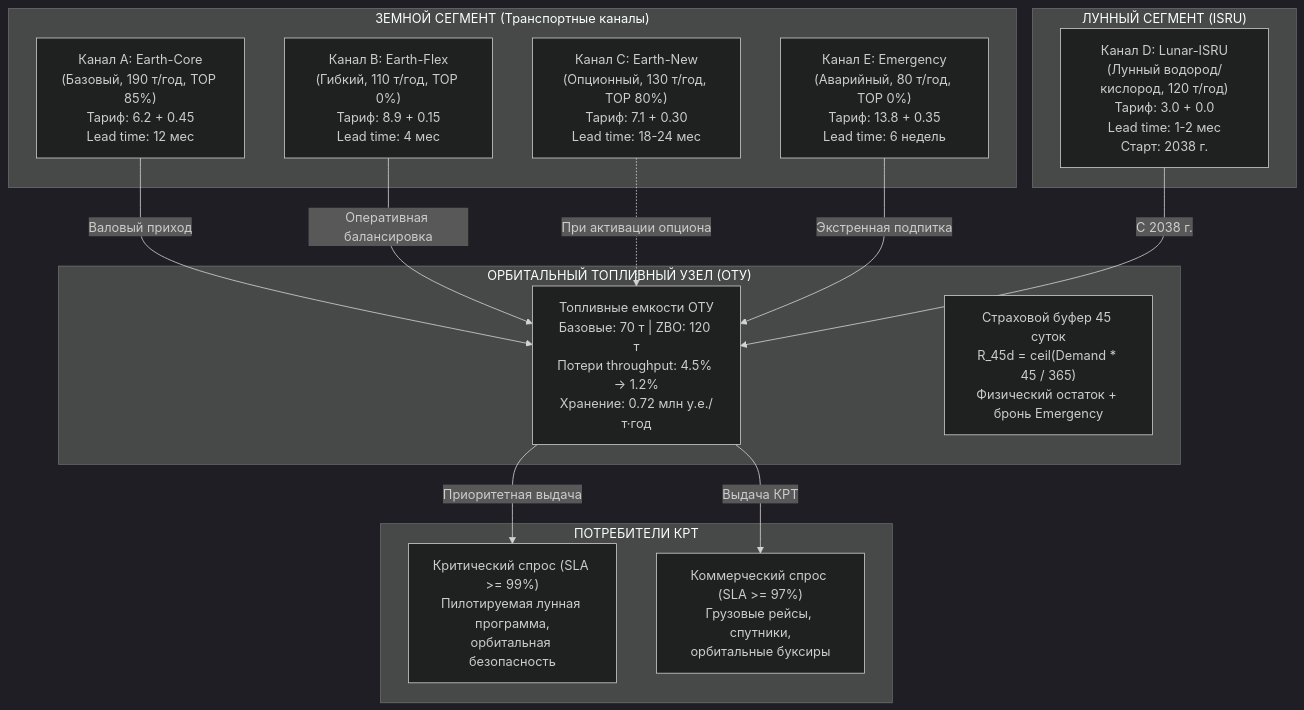
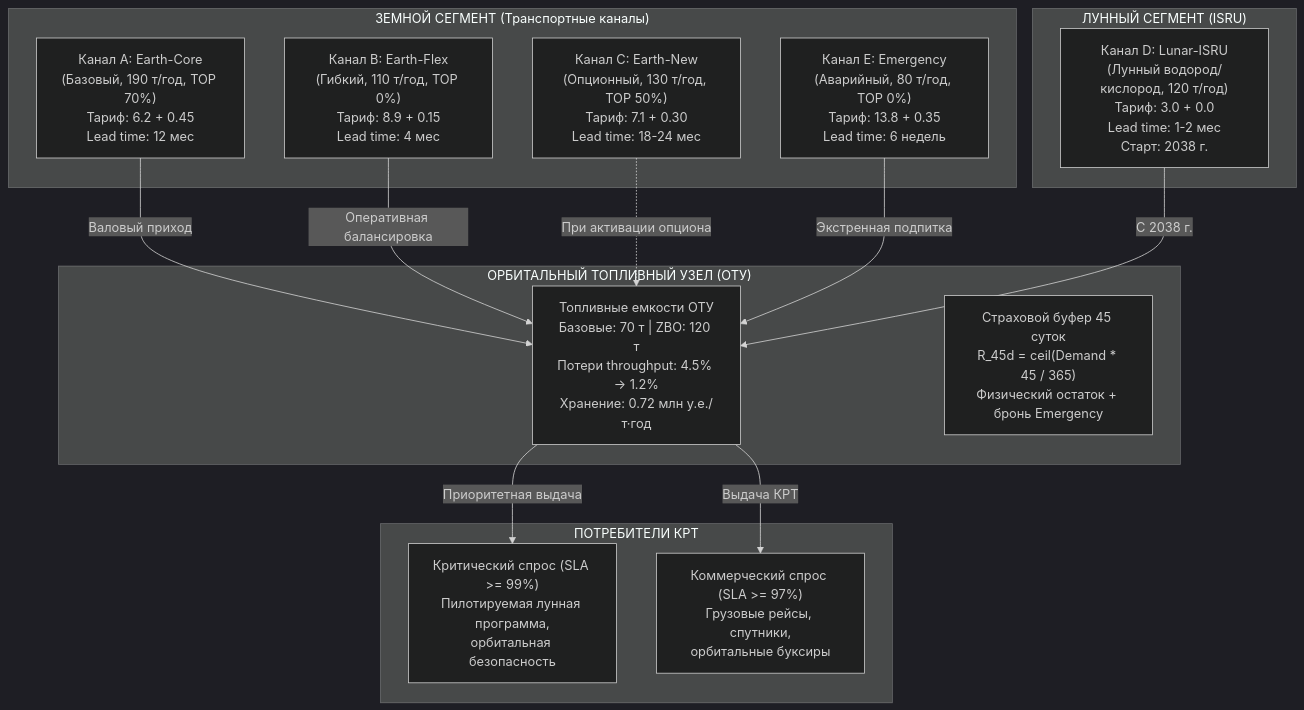
One commit to zahar713713-dot/Cosmo-Hackaton-2026 changed the first of 3 diagrams in docs/Управленческая_записка.md. Above: the diagram before and after it, drawn with Mermaid (dark theme). The commit also changed other lines of this file and 2 other files, not shown here.

````diff
--- a/docs/Управленческая_записка.md
+++ b/docs/Управленческая_записка.md
@@ -60,32 +60,32 @@
 ```mermaid
 flowchart TD
     subgraph EarthSegment["ЗЕМНОЙ СЕГМЕНТ (Транспортные каналы)"]
-        A["Канал A: Earth-Core\n(Базовый, 190 т/год, TOP 85%)\nТариф: 6.2 + 0.45\nLead time: 12 мес"]
+        A["Канал A: Earth-Core\n(Базовый, 190 т/год, TOP 70%)\nТариф: 6.2 + 0.45\nLead time: 12 мес"]
         B["Канал B: Earth-Flex\n(Гибкий, 110 т/год, TOP 0%)\nТариф: 8.9 + 0.15\nLead time: 4 мес"]
-        C["Канал C: Earth-New\n(Опционный, 130 т/год, TOP 80%)\nТариф: 7.1 + 0.30\nLead time: 18-24 мес"]
+        C["Канал C: Earth-New\n(Опционный, 130 т/год, TOP 50%)\nТариф: 7.1 + 0.30\nLead time: 18-24 мес"]
         E["Канал E: Emergency\n(Аварийный, 80 т/год, TOP 0%)\nТариф: 13.8 + 0.35\nLead time: 6 недель"]
     end
 
     subgraph LunarSegment["ЛУННЫЙ СЕГМЕНТ (ISRU)"]
         D["Канал D: Lunar-ISRU\n(Лунный водород/кислород, 120 т/год)\nТариф: 3.0 + 0.0\nLead time: 1-2 мес\nСтарт: 2038 г."]
     end
 
     subgraph OrbitalDepot["ОРБИТАЛЬНЫЙ ТОПЛИВНЫЙ УЗЕЛ (ОТУ)"]
         Tanks["Топливные емкости ОТУ\nБазовые: 70 т | ZBO: 120 т\nПотери throughput: 4.5% -> 1.2%\nХранение: 0.72 млн у.е./т·год"]
         Buffer["Страховой буфер 45 суток\nR_45d = ceil(Demand * 45 / 365)\nФизический остаток + бронь Emergency"]
     end
 
     subgraph Consumers["ПОТРЕБИТЕЛИ КРТ"]
         Crit["Критический спрос (SLA >= 99%)\nПилотируемая лунная программа,\nорбитальная безопасность"]
         Other["Коммерческий спрос (SLA >= 97%)\nГрузовые рейсы, спутники,\nорбитальные буксиры"]
     end
 
     A -->|"Валовый приход"| Tanks
     B -->|"Оперативная балансировка"| Tanks
     C -.->|"При активации опциона"| Tanks
     D -->|"С 2038 г."| Tanks
     E -->|"Экстренная подпитка"| Tanks
 
     Tanks -->|"Приоритетная выдача"| Crit
     Tanks -->|"Выдача КРТ"| Other
 ```
````
